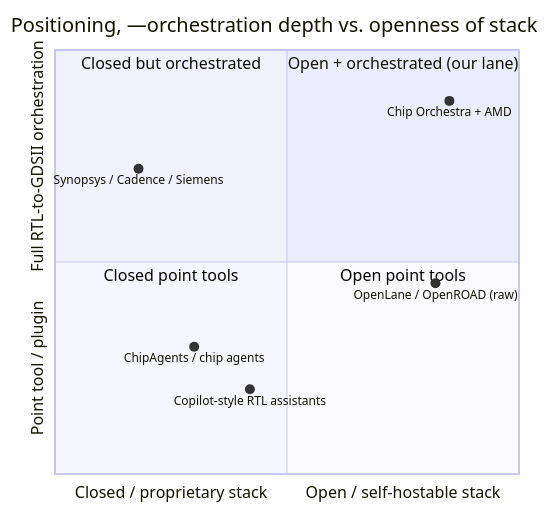
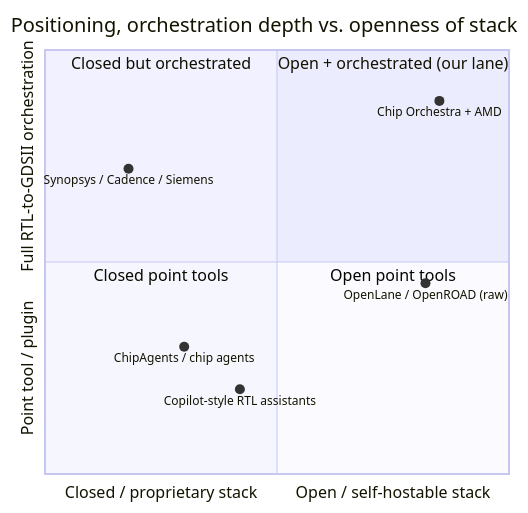
One commit to radhian/Chip-Orchestra changed the sixth of 9 diagrams in docs/platform_x_amd_deck.md. Above: the diagram before and after it, drawn with Mermaid. The commit also changed other lines of this file, not shown here.

````diff
--- a/docs/platform_x_amd_deck.md
+++ b/docs/platform_x_amd_deck.md
@@ -215,15 +213,15 @@
 ```mermaid
 quadrantChart
-    title Positioning, —orchestration depth vs. openness of stack
+    title Positioning, orchestration depth vs. openness of stack
     x-axis "Closed / proprietary stack" --> "Open / self-hostable stack"
     y-axis "Point tool / plugin" --> "Full RTL-to-GDSII orchestration"
     quadrant-1 "Open + orchestrated (our lane)"
     quadrant-2 "Closed but orchestrated"
     quadrant-3 "Closed point tools"
     quadrant-4 "Open point tools"
     "Synopsys / Cadence / Siemens": [0.18, 0.72]
     "ChipAgents / chip agents": [0.30, 0.30]
     "Copilot-style RTL assistants": [0.42, 0.20]
     "OpenLane / OpenROAD (raw)": [0.82, 0.45]
     "Chip Orchestra + AMD": [0.85, 0.88]
 ```
````
